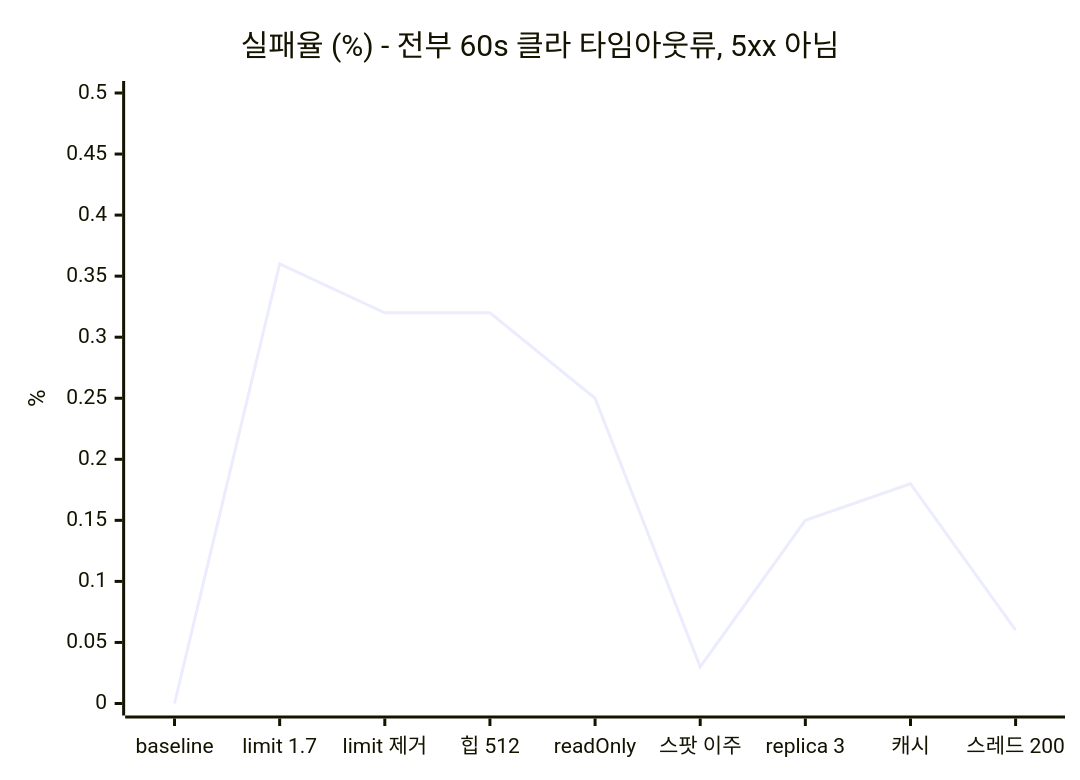
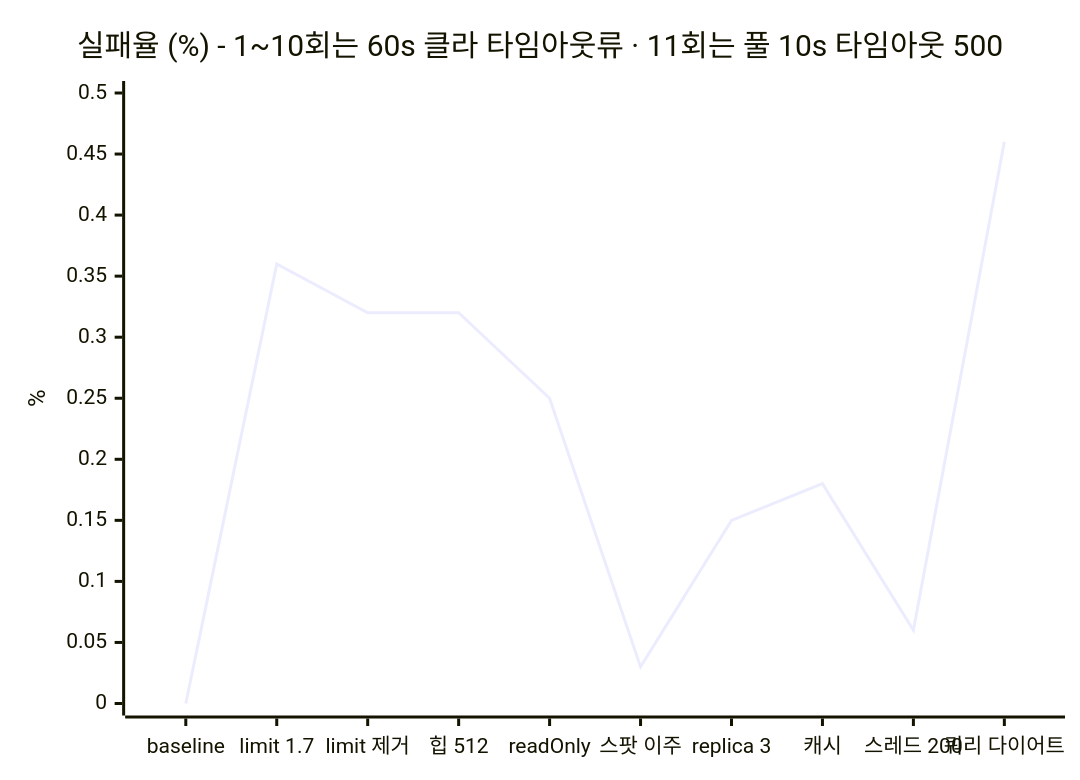
The third of 4 diagrams in autoscaling/loadtest/results/04-콘텐츠폭주/README.md (Minchae0322/yogurtte-rca-agent), drawn with Mermaid before and after one commit. The commit also changed other lines of this file and 13 other files, not shown here.

````diff
--- a/autoscaling/loadtest/results/04-콘텐츠폭주/README.md
+++ b/autoscaling/loadtest/results/04-콘텐츠폭주/README.md
@@ -26,7 +26,7 @@
 ```mermaid
 xychart-beta
-    title "실패율 (%) - 전부 60s 클라 타임아웃류, 5xx 아님"
-    x-axis ["baseline", "limit 1.7", "limit 제거", "힙 512", "readOnly", "스팟 이주", "replica 3", "캐시", "스레드 200"]
+    title "실패율 (%) - 1~10회는 60s 클라 타임아웃류 · 11회는 풀 10s 타임아웃 500"
+    x-axis ["baseline", "limit 1.7", "limit 제거", "힙 512", "readOnly", "스팟 이주", "replica 3", "캐시", "스레드 200", "쿼리 다이어트"]
     y-axis "%" 0 --> 0.5
-    line [0.00, 0.36, 0.32, 0.32, 0.25, 0.03, 0.15, 0.18, 0.06]
+    line [0.00, 0.36, 0.32, 0.32, 0.25, 0.03, 0.15, 0.18, 0.06, 0.46]
 ```
````
